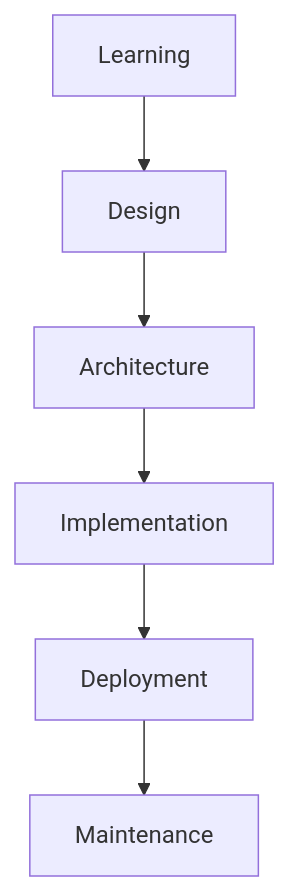
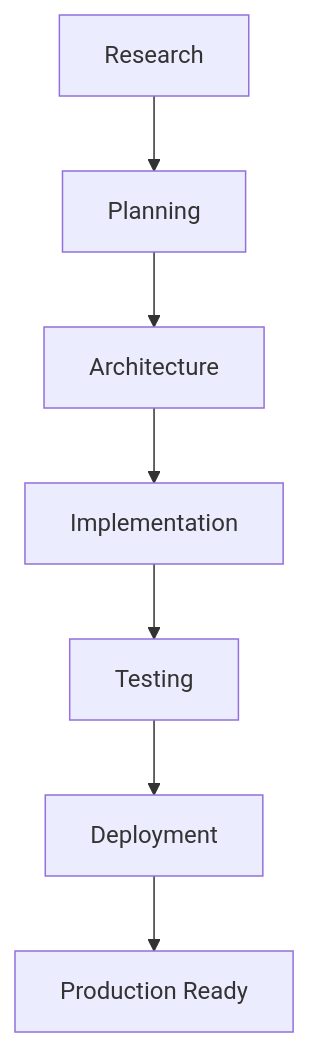
One commit to DanielC34/equipment-maintenance changed the diagram in README.md. Above: the diagram before and after it, drawn with Mermaid. The commit also changed other lines of this file, not shown here.

````diff
--- a/README.md
+++ b/README.md
@@ -178,8 +190,9 @@
 ```mermaid
 flowchart TD
-    A[Learning] --> B[Design]
+    A[Research] --> B[Planning]
     B --> C[Architecture]
     C --> D[Implementation]
-    D --> E[Deployment]
-    E --> F[Maintenance]
+    D --> E[Testing]
+    E --> F[Deployment]
+    F --> G[Production Ready]
 ```
````
